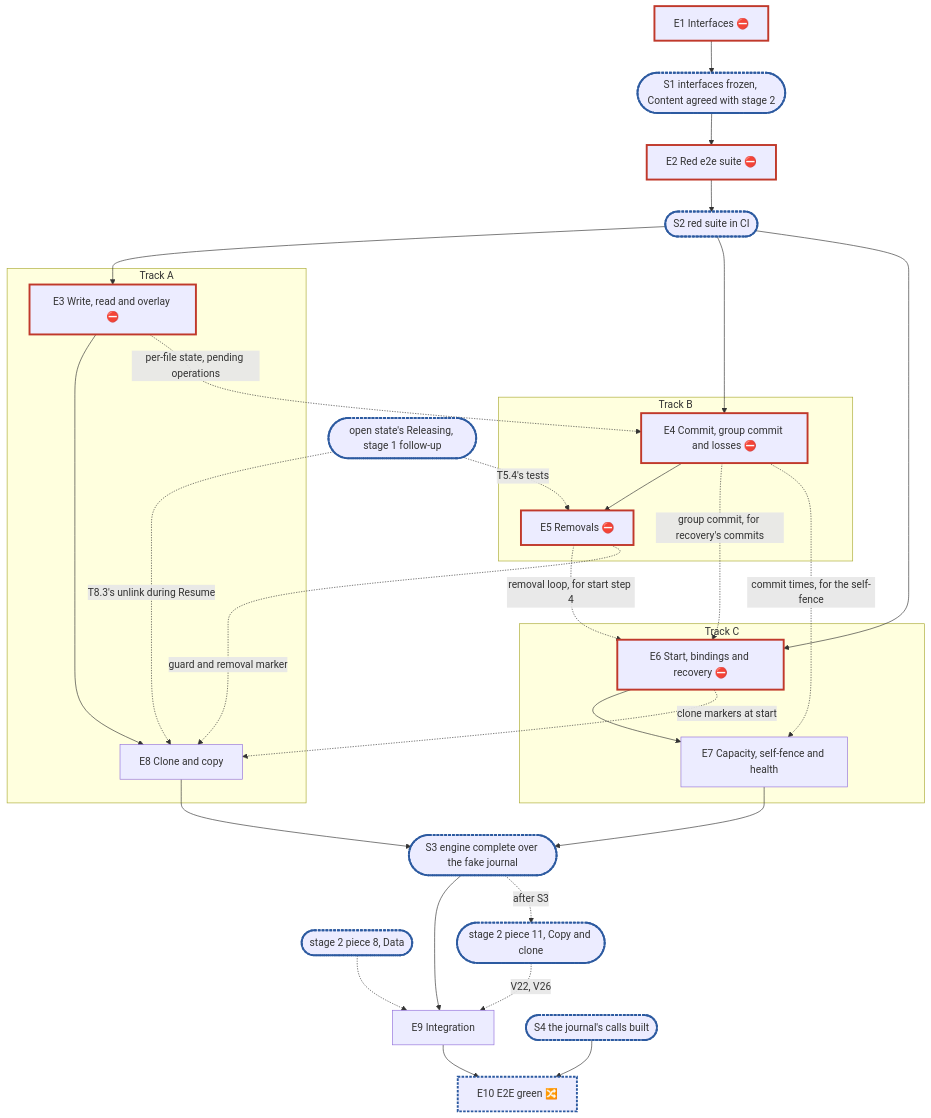
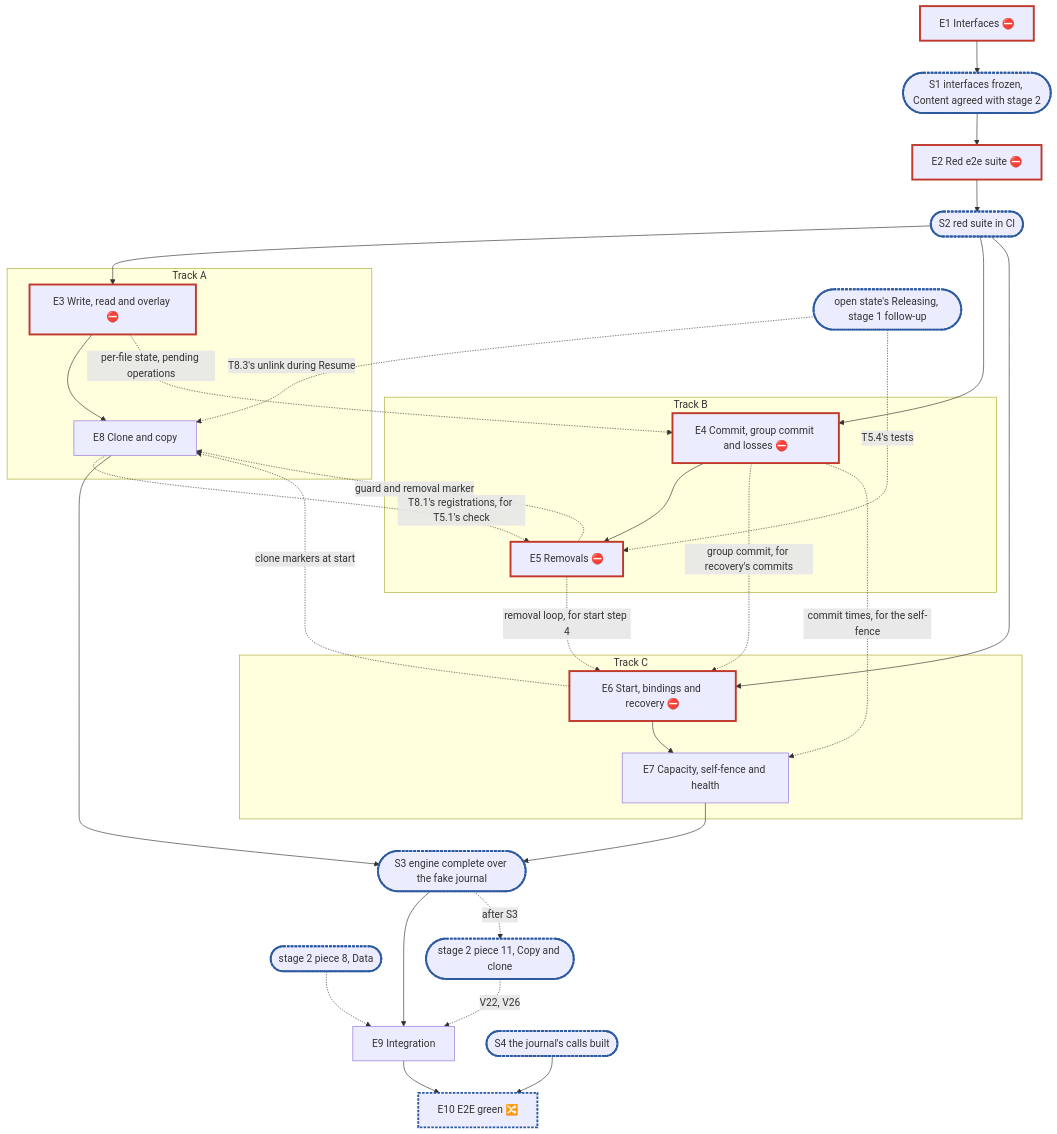
Before and after one commit to marmos91/dittofs: the diagram in docs/internals/planning/rfc-8-journal-only-engine-plan.md, drawn with Mermaid. The commit also changed other lines of this file and 3 other files, not shown here.

````diff
--- a/docs/internals/planning/rfc-8-journal-only-engine-plan.md
+++ b/docs/internals/planning/rfc-8-journal-only-engine-plan.md
@@ -401,31 +401,32 @@
 ```mermaid
 flowchart TD
   E1["E1 Interfaces ⛔"]:::blocker --> S1(["S1 interfaces frozen, Content agreed with stage 2"]):::sync
   S1 --> E2["E2 Red e2e suite ⛔"]:::blocker --> S2(["S2 red suite in CI"]):::sync
   subgraph A["Track A"]
     E3["E3 Write, read and overlay ⛔"]:::blocker --> E8["E8 Clone and copy"]
   end
   subgraph B["Track B"]
     E4["E4 Commit, group commit and losses ⛔"]:::blocker --> E5["E5 Removals ⛔"]:::blocker
   end
   subgraph C["Track C"]
     E6["E6 Start, bindings and recovery ⛔"]:::blocker --> E7["E7 Capacity, self-fence and health"]
   end
   S2 --> E3 & E4 & E6
   E3 -. "per-file state, pending operations" .-> E4
   E4 -. "group commit, for recovery's commits" .-> E6
   E5 -. "removal loop, for start step 4" .-> E6
   E4 -. "commit times, for the self-fence" .-> E7
   E5 -. "guard and removal marker" .-> E8
+  E8 -. "T8.1's registrations, for T5.1's check" .-> E5
   E6 -. "clone markers at start" .-> E8
   E7 & E8 --> S3(["S3 engine complete over the fake journal"]):::sync
   S3 --> E9["E9 Integration"]
   X(["stage 2 piece 8, Data"]):::sync -.-> E9
   S3 -. "after S3" .-> P11(["stage 2 piece 11, Copy and clone"]):::sync -. "V22, V26" .-> E9
   R(["open state's Releasing, stage 1 follow-up"]):::sync -. "T5.4's tests" .-> E5
   R -. "T8.3's unlink during Resume" .-> E8
   E9 --> E10["E10 E2E green 🔀"]:::sync
   S4(["S4 the journal's calls built"]):::sync --> E10
   classDef blocker stroke:#c0392b,stroke-width:3px
   classDef sync stroke:#2c5aa0,stroke-width:3px,stroke-dasharray:4 2
 ```
````
